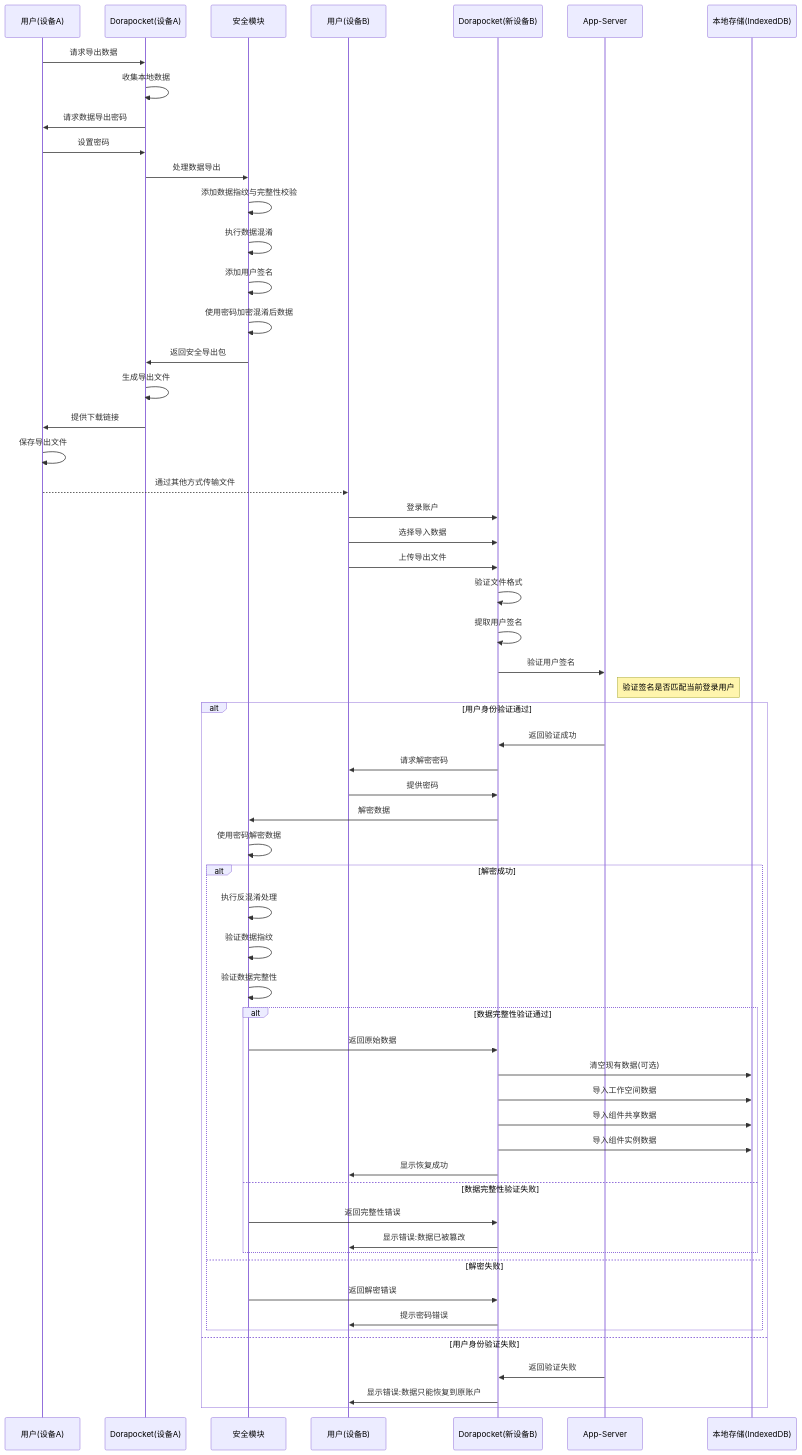
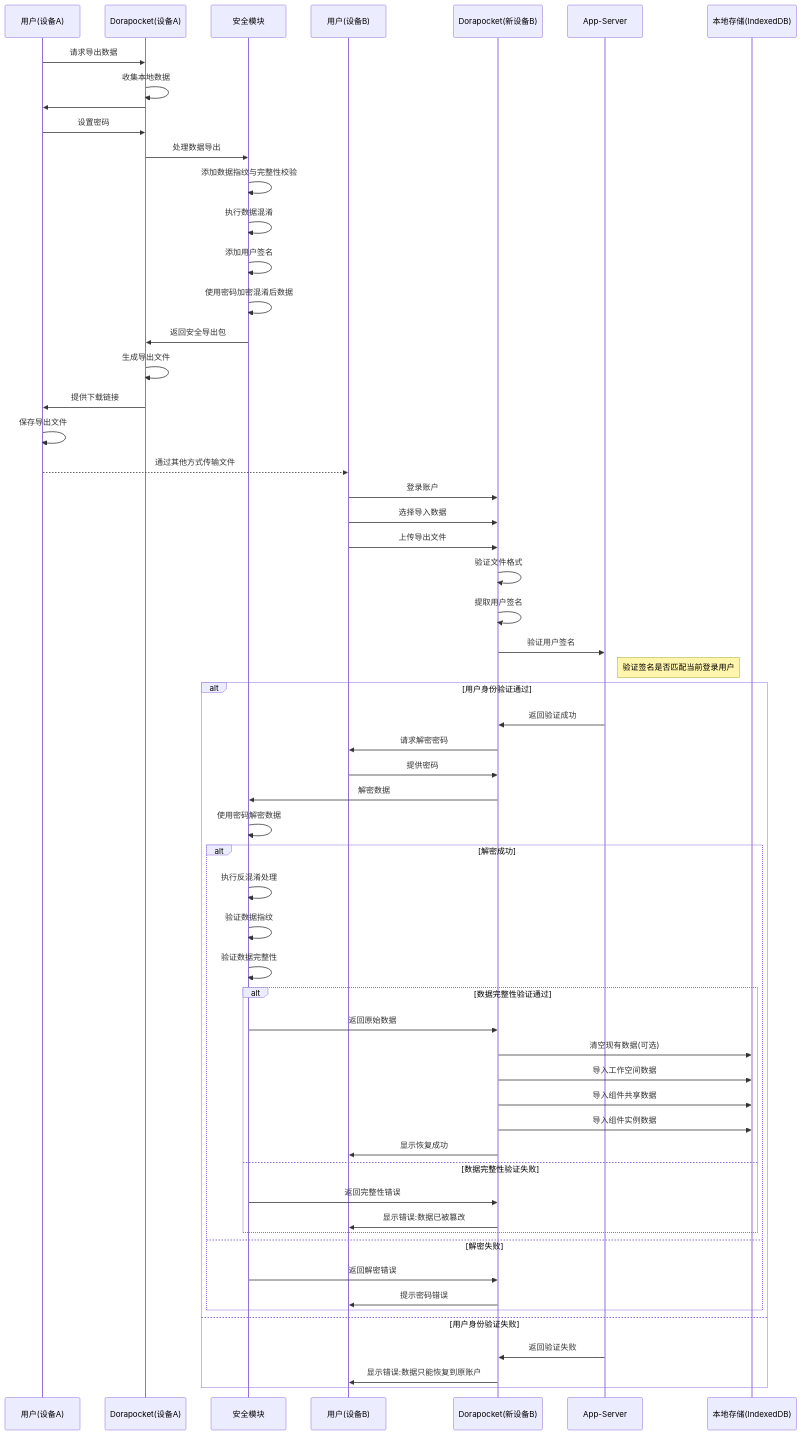
Before and after one commit to yingjianzh/iodraw-files: the diagram in all/未命名-34.md, drawn with Mermaid.

Commit message:
2025-04-17 16:47:08 update

````diff
--- a/all/未命名-34.md
+++ b/all/未命名-34.md
@@ -1,74 +1,74 @@
 ```mermaid
 sequenceDiagram
     participant UserOld as 用户(设备A)
     participant AppOld as Dorapocket(设备A)
     participant Security as 安全模块
     participant UserNew as 用户(设备B)
     participant AppNew as Dorapocket(新设备B)
     participant AppServer as App-Server
     participant LocalDB as 本地存储(IndexedDB)
     
     %% 导出流程
     UserOld->>AppOld: 请求导出数据
     AppOld->>AppOld: 收集本地数据
-    AppOld->>UserOld: 请求数据导出密码
+    AppOld->>UserOld: 
     UserOld->>AppOld: 设置密码
     
     AppOld->>Security: 处理数据导出
     Security->>Security: 添加数据指纹与完整性校验
     Security->>Security: 执行数据混淆
     Security->>Security: 添加用户签名
     Security->>Security: 使用密码加密混淆后数据
     Security->>AppOld: 返回安全导出包
     
     AppOld->>AppOld: 生成导出文件
     AppOld->>UserOld: 提供下载链接
     UserOld->>UserOld: 保存导出文件
     
     %% 传输文件(由用户完成)
     UserOld-->>UserNew: 通过其他方式传输文件
     
     %% 恢复流程
     UserNew->>AppNew: 登录账户
     UserNew->>AppNew: 选择导入数据
     UserNew->>AppNew: 上传导出文件
     
     AppNew->>AppNew: 验证文件格式
     AppNew->>AppNew: 提取用户签名
     
     AppNew->>AppServer: 验证用户签名
     note right of AppServer: 验证签名是否匹配当前登录用户
     
     alt 用户身份验证通过
         AppServer->>AppNew: 返回验证成功
         AppNew->>UserNew: 请求解密密码
         UserNew->>AppNew: 提供密码
         
         AppNew->>Security: 解密数据
         Security->>Security: 使用密码解密数据
         
         alt 解密成功
             Security->>Security: 执行反混淆处理
             Security->>Security: 验证数据指纹
             Security->>Security: 验证数据完整性
             
             alt 数据完整性验证通过
                 Security->>AppNew: 返回原始数据
                 AppNew->>LocalDB: 清空现有数据(可选)
                 AppNew->>LocalDB: 导入工作空间数据
                 AppNew->>LocalDB: 导入组件共享数据
                 AppNew->>LocalDB: 导入组件实例数据
                 AppNew->>UserNew: 显示恢复成功
             else 数据完整性验证失败
                 Security->>AppNew: 返回完整性错误
                 AppNew->>UserNew: 显示错误:数据已被篡改
             end
         else 解密失败
             Security->>AppNew: 返回解密错误
             AppNew->>UserNew: 提示密码错误
         end
     else 用户身份验证失败
         AppServer->>AppNew: 返回验证失败
         AppNew->>UserNew: 显示错误:数据只能恢复到原账户
     end
 ```
````
